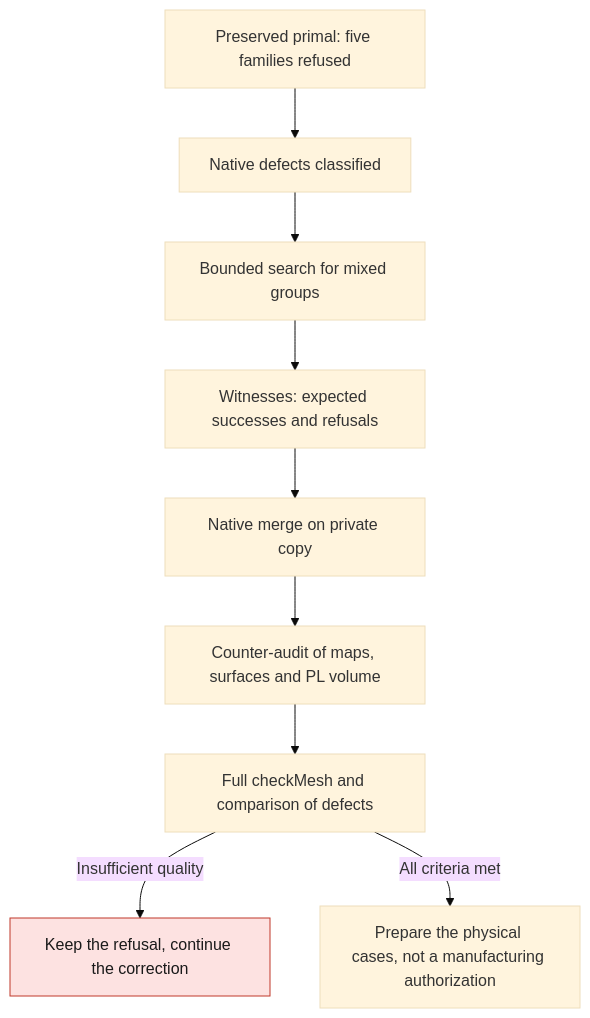
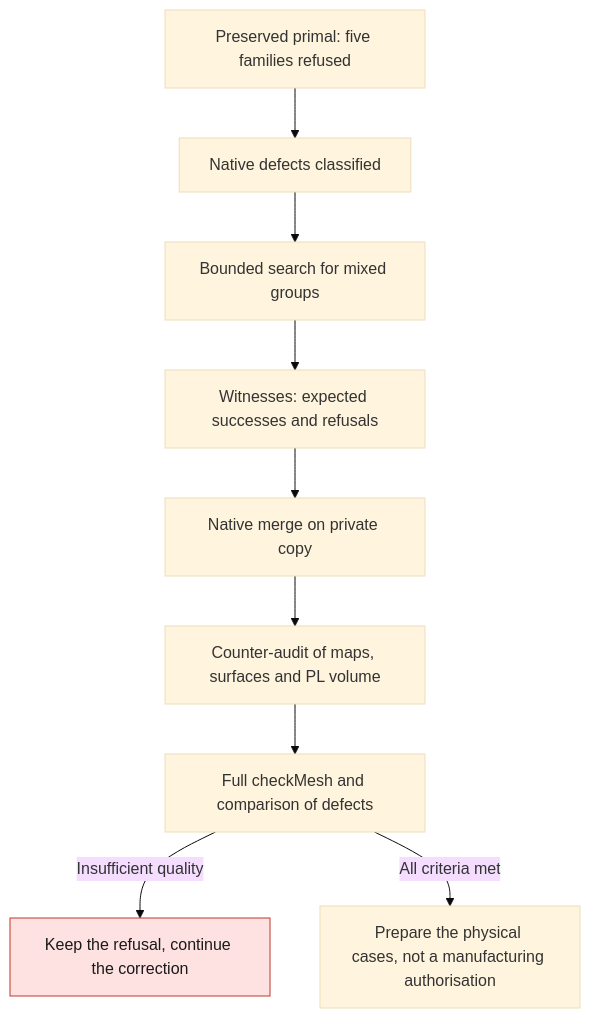
One commit to cluster2600/porscheparts changed the diagram in docs/reports/M64_MIXED_CELL_CORRECTION_20260909.md. Above: the diagram before and after it, drawn with Mermaid (base theme). The commit also changed other lines of this file and 480 other files, not shown here.

````diff
--- a/docs/reports/M64_MIXED_CELL_CORRECTION_20260909.md
+++ b/docs/reports/M64_MIXED_CELL_CORRECTION_20260909.md
@@ -74,13 +74,13 @@
 ```mermaid
 flowchart TD
     A["Preserved primal: five families refused"] --> B["Native defects classified"]
     B --> C["Bounded search for mixed groups"]
     C --> D["Witnesses: expected successes and refusals"]
     D --> E["Native merge on private copy"]
     E --> F["Counter-audit of maps, surfaces and PL volume"]
     F --> G["Full checkMesh and comparison of defects"]
     G -->|"Insufficient quality"| H["Keep the refusal, continue the correction"]
-    G -->|"All criteria met"| I["Prepare the physical cases, not a manufacturing authorization"]
+    G -->|"All criteria met"| I["Prepare the physical cases, not a manufacturing authorisation"]
     classDef stop fill:#fde2e1,stroke:#c0392b,color:#1a1a1a;
     class H stop;
 ```
````
